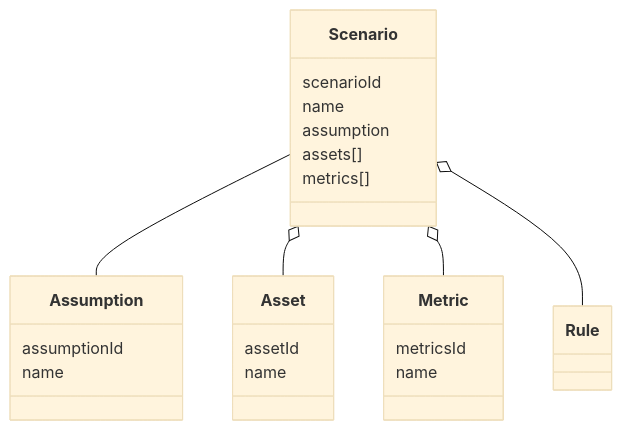
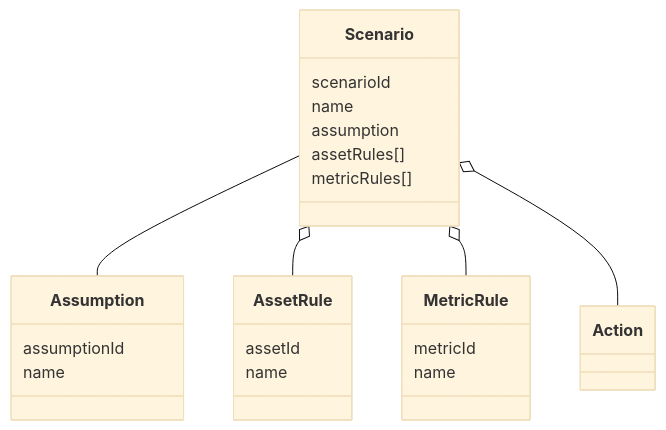
One commit to hmzk0312/FinancesDSL changed the second of 7 diagrams in README.md. Above: the diagram before and after it, drawn with Mermaid (base theme). The commit also changed other lines of this file, not shown here.

````diff
--- a/README.md
+++ b/README.md
@@ -54,30 +55,31 @@
 ```mermaid
 classDiagram
     Scenario --  Assumption
-    Scenario o-- Asset
-    Scenario o-- Metric
-    Scenario o-- Rule
+    Scenario o-- AssetRule
+    Scenario o-- MetricRule
+    Scenario o-- Action
 
 class Scenario{
     scenarioId
     name
     assumption
-    assets[]
-    metrics[]
+    assetRules[]
+    metricRules[]
 }
 
 class Assumption{
     assumptionId
     name
 }
 
-class Asset{
+class AssetRule{
     assetId
     name
 }
 
-class Metric{
-    metricsId
+class MetricRule{
+    metricId
     name
 }
+
 ```
````
